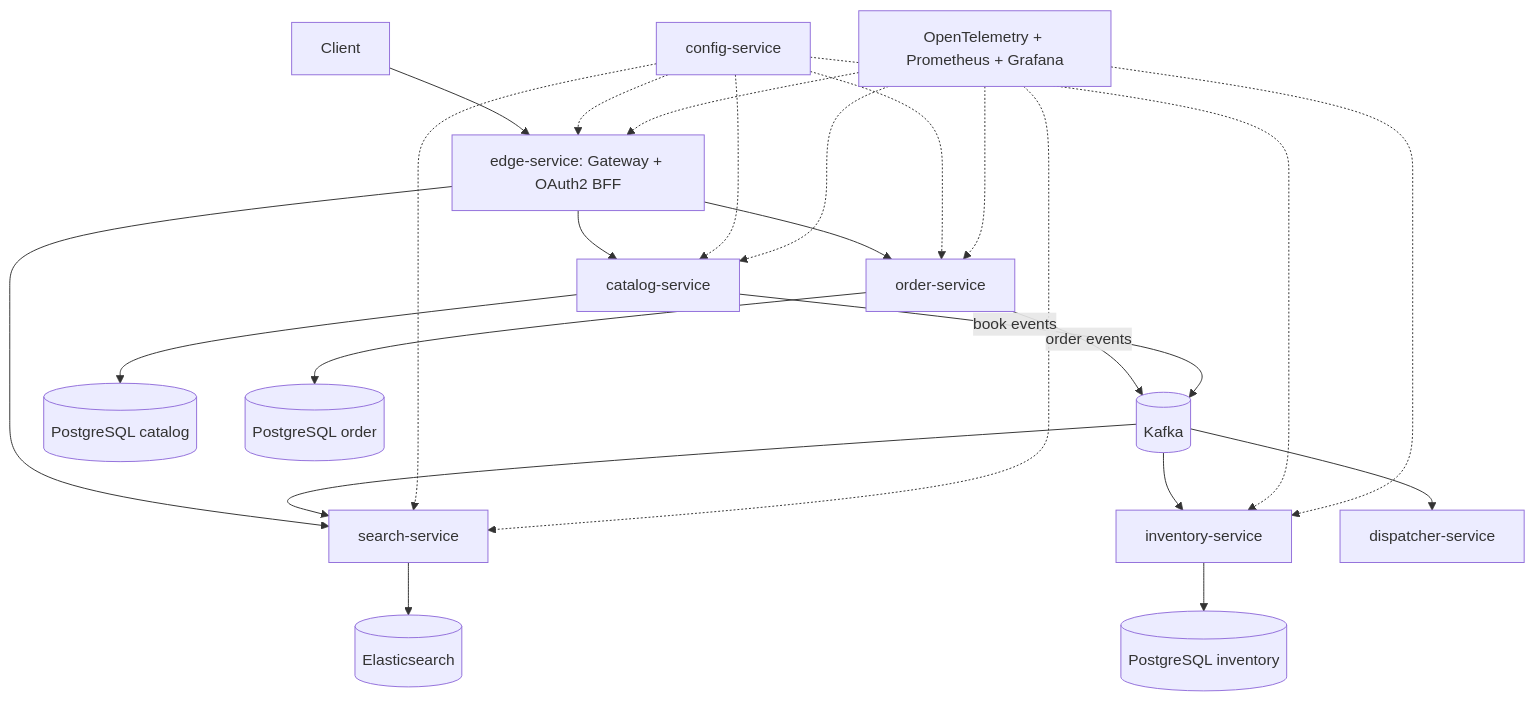
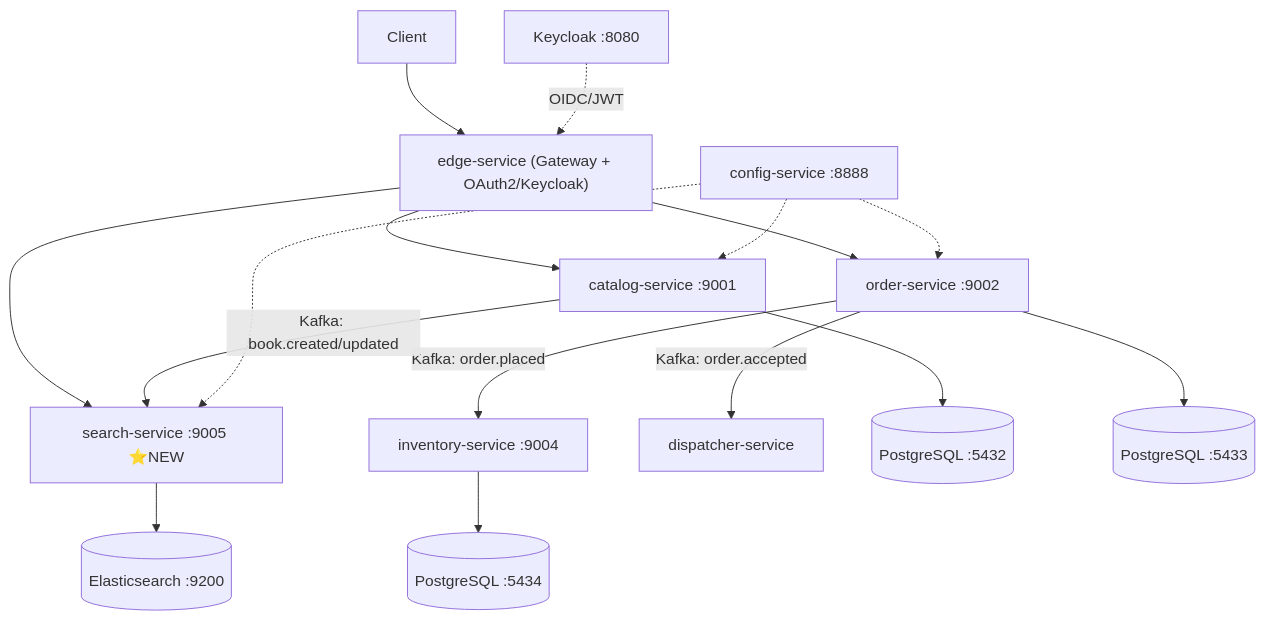
Before and after one commit to prophet509/spring-native-bookstore: the diagram in tasks/senior-roadmap.md, drawn with Mermaid. The commit also changed other lines of this file and 4 other files, not shown here.

````diff
--- a/tasks/senior-roadmap.md
+++ b/tasks/senior-roadmap.md
@@ -15,18 +9,16 @@
 ```mermaid
 graph TD
-    Client --> EdgeService["edge-service: Gateway + OAuth2 BFF"]
-    EdgeService --> CatalogService["catalog-service"]
-    EdgeService --> OrderService["order-service"]
-    EdgeService --> SearchService["search-service"]
-    OrderService -->|order events| Kafka[(Kafka)]
-    CatalogService -->|book events| Kafka
-    Kafka --> InventoryService["inventory-service"]
-    Kafka --> SearchService
-    Kafka --> DispatcherService["dispatcher-service"]
-    CatalogService --> CatalogDB[(PostgreSQL catalog)]
-    OrderService --> OrderDB[(PostgreSQL order)]
-    InventoryService --> InventoryDB[(PostgreSQL inventory)]
-    SearchService --> Elasticsearch[(Elasticsearch)]
-    ConfigService["config-service"] -.-> EdgeService & CatalogService & OrderService & InventoryService & SearchService
-    Observability["OpenTelemetry + Prometheus + Grafana"] -.-> EdgeService & CatalogService & OrderService & InventoryService & SearchService
+    Client --> EdgeService["edge-service (Gateway + OAuth2/Keycloak)"]
+    EdgeService --> CatalogService["catalog-service :9001"]
+    EdgeService --> OrderService["order-service :9002"]
+    EdgeService --> SearchService["search-service :9005 ⭐NEW"]
+    OrderService -->|Kafka: order.placed| InventoryService["inventory-service :9004"]
+    OrderService -->|Kafka: order.accepted| DispatcherService["dispatcher-service"]
+    CatalogService -->|Kafka: book.created/updated| SearchService
+    CatalogService --> PolarDB_Catalog[(PostgreSQL :5432)]
+    OrderService --> PolarDB_Order[(PostgreSQL :5433)]
+    InventoryService --> PolarDB_Inventory[(PostgreSQL :5434)]
+    SearchService --> ES[(Elasticsearch :9200)]
+    ConfigService["config-service :8888"] -.-> CatalogService & OrderService & SearchService
+    Keycloak["Keycloak :8080"] -.->|OIDC/JWT| EdgeService
 ```
````
